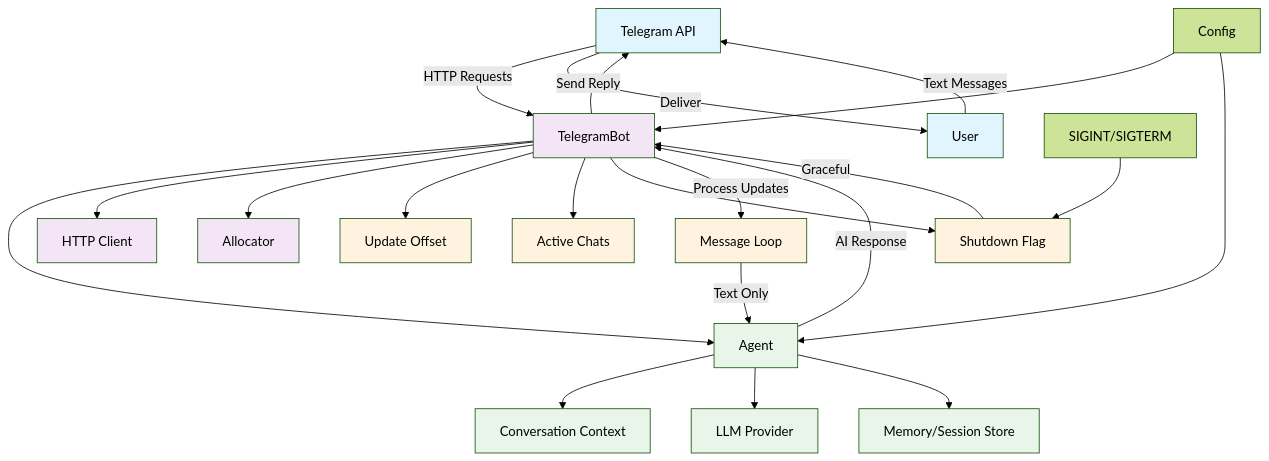
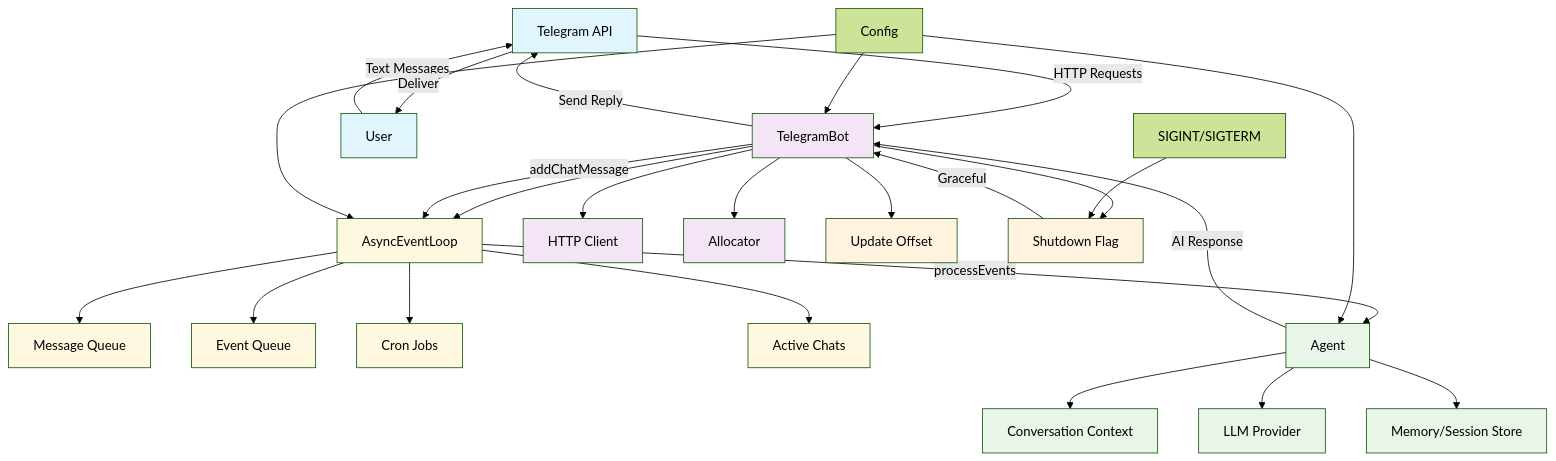
The first of 4 diagrams in docs/TELEGRAM_BOT.md (satibot/satibot), drawn with Mermaid (forest theme) before and after one commit. The commit also changed other lines of this file and 2 other files, not shown here.

First line of the commit message:
refactor: migrate Telegram bot to event loop-based architecture from synchronous threading model

````diff
--- a/docs/TELEGRAM_BOT.md
+++ b/docs/TELEGRAM_BOT.md
@@ -9,47 +9,55 @@
 ```mermaid
 graph TB
     %% External Systems
     TG[Telegram API] --> |HTTP Requests| TB[TelegramBot]
     USER[User] --> |Text Messages| TG
     
     %% Core Components
-    TB --> AG[Agent]
+    TB --> EL[AsyncEventLoop]
     TB --> HTTP[HTTP Client]
     TB --> ALLOC[Allocator]
     
+    %% Event Loop Components
+    EL --> MSG_QUEUE[Message Queue]
+    EL --> EVENT_QUEUE[Event Queue]
+    EL --> CRON[Cron Jobs]
+    EL --> ACTIVE_CHATS[Active Chats]
+    
     %% Agent Components
-    AG --> CTX[Conversation Context]
+    AG[Agent] --> CTX[Conversation Context]
     AG --> LLM[LLM Provider]
     AG --> MEM[Memory/Session Store]
     
     %% Internal State
     TB --> OFFSET[Update Offset]
-    TB --> CHATS[Active Chats]
     TB --> SHUTDOWN[Shutdown Flag]
     
     %% Signal Handling
     SIG[SIGINT/SIGTERM] --> SHUTDOWN
     SHUTDOWN --> |Graceful| TB
     
     %% Message Flow
-    TB --> |Process Updates| MSG_LOOP[Message Loop]
-    MSG_LOOP --> |Text Only| AG
+    TB --> |addChatMessage| EL
+    EL --> |processEvents| AG
     AG --> |AI Response| TB
     TB --> |Send Reply| TG
     TG --> |Deliver| USER
     
     %% Configuration
     CFG[Config] --> TB
+    CFG --> EL
     CFG --> AG
     
     %% Styling
     classDef external fill:#e1f5fe
     classDef core fill:#f3e5f5
     classDef process fill:#e8f5e8
     classDef state fill:#fff3e0
+    classDef event fill:#fff8e1
     
     class TG,USER external
     class TB,HTTP,ALLOC core
     class AG,CTX,LLM,MEM process
-    class OFFSET,CHATS,SHUTDOWN,MSG_LOOP state
+    class OFFSET,SHUTDOWN state
+    class EL,MSG_QUEUE,EVENT_QUEUE,CRON,ACTIVE_CHATS event
 ```
````
